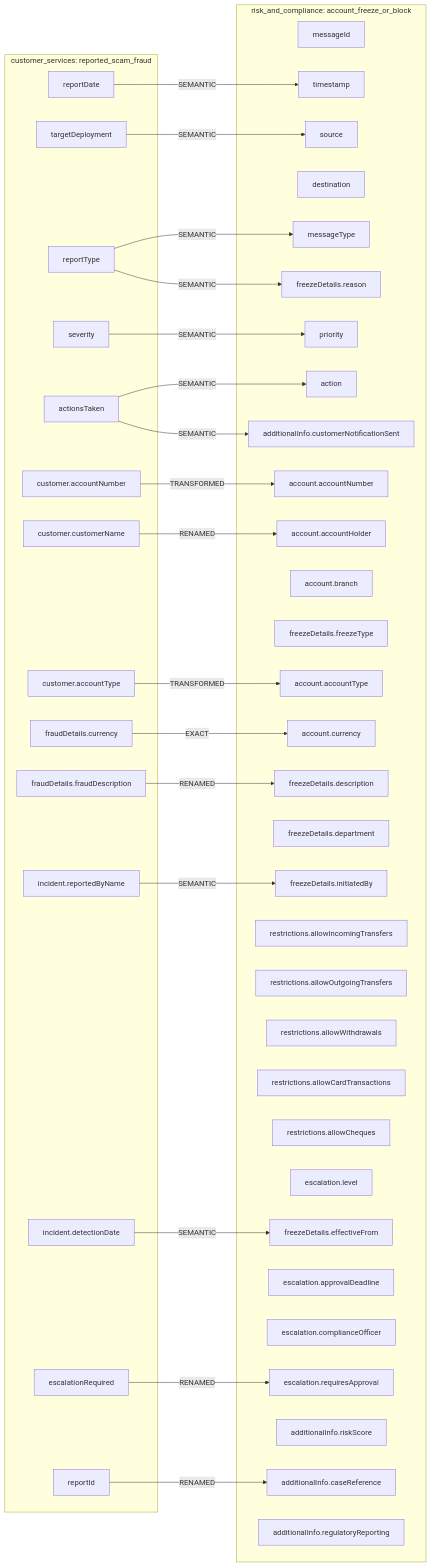
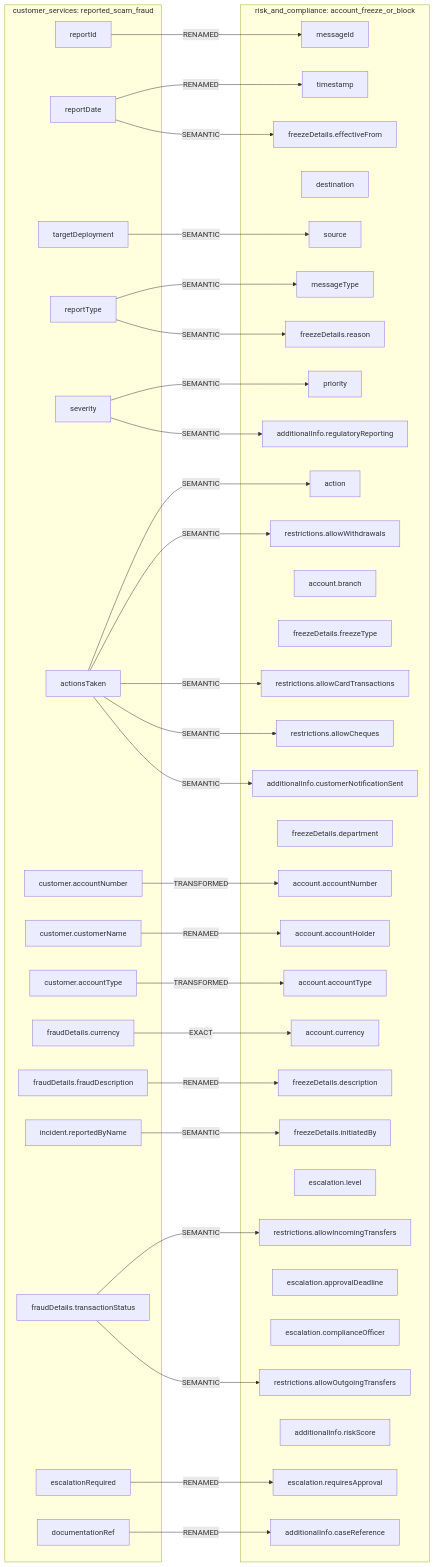
Before and after one commit to MAKWilkinson/HSBC-Data-Fabric-PoC-v2: the diagram in mermaids/risk_and_compliance/accounts/account_freeze_or_block__from__customer_services__reported_scam_fraud.mmd, drawn with Mermaid. The commit also changed 257 other files, not shown here.

```diff
--- a/mermaids/risk_and_compliance/accounts/account_freeze_or_block__from__customer_services__reported_scam_fraud.mmd
+++ b/mermaids/risk_and_compliance/accounts/account_freeze_or_block__from__customer_services__reported_scam_fraud.mmd
@@ -1,66 +1,74 @@
 flowchart LR
   subgraph IN["customer_services: reported_scam_fraud"]
+    in_reportId["reportId"]
     in_reportDate["reportDate"]
     in_targetDeployment["targetDeployment"]
     in_reportType["reportType"]
     in_severity["severity"]
     in_actionsTaken["actionsTaken"]
     in_customer_accountNumber["customer.accountNumber"]
     in_customer_customerName["customer.customerName"]
     in_customer_accountType["customer.accountType"]
     in_fraudDetails_currency["fraudDetails.currency"]
     in_fraudDetails_fraudDescription["fraudDetails.fraudDescription"]
     in_incident_reportedByName["incident.reportedByName"]
-    in_incident_detectionDate["incident.detectionDate"]
+    in_fraudDetails_transactionStatus["fraudDetails.transactionStatus"]
     in_escalationRequired["escalationRequired"]
-    in_reportId["reportId"]
+    in_documentationRef["documentationRef"]
   end
   subgraph OUT["risk_and_compliance: account_freeze_or_block"]
     out_messageId["messageId"]
     out_timestamp["timestamp"]
     out_source["source"]
     out_destination["destination"]
     out_messageType["messageType"]
     out_priority["priority"]
     out_action["action"]
     out_account_accountNumber["account.accountNumber"]
     out_account_accountHolder["account.accountHolder"]
     out_account_accountType["account.accountType"]
     out_account_currency["account.currency"]
     out_account_branch["account.branch"]
     out_freezeDetails_freezeType["freezeDetails.freezeType"]
     out_freezeDetails_reason["freezeDetails.reason"]
     out_freezeDetails_description["freezeDetails.description"]
     out_freezeDetails_initiatedBy["freezeDetails.initiatedBy"]
     out_freezeDetails_department["freezeDetails.department"]
     out_freezeDetails_effectiveFrom["freezeDetails.effectiveFrom"]
     out_restrictions_allowIncomingTransfers["restrictions.allowIncomingTransfers"]
     out_restrictions_allowOutgoingTransfers["restrictions.allowOutgoingTransfers"]
     out_restrictions_allowWithdrawals["restrictions.allowWithdrawals"]
     out_restrictions_allowCardTransactions["restrictions.allowCardTransactions"]
     out_restrictions_allowCheques["restrictions.allowCheques"]
     out_escalation_level["escalation.level"]
     out_escalation_requiresApproval["escalation.requiresApproval"]
     out_escalation_approvalDeadline["escalation.approvalDeadline"]
     out_escalation_complianceOfficer["escalation.complianceOfficer"]
     out_additionalInfo_caseReference["additionalInfo.caseReference"]
     out_additionalInfo_riskScore["additionalInfo.riskScore"]
     out_additionalInfo_customerNotificationSent["additionalInfo.customerNotificationSent"]
     out_additionalInfo_regulatoryReporting["additionalInfo.regulatoryReporting"]
   end
-  in_reportDate -->|SEMANTIC| out_timestamp
+  in_reportId -->|RENAMED| out_messageId
+  in_reportDate -->|RENAMED| out_timestamp
   in_targetDeployment -->|SEMANTIC| out_source
   in_reportType -->|SEMANTIC| out_messageType
   in_severity -->|SEMANTIC| out_priority
   in_actionsTaken -->|SEMANTIC| out_action
   in_customer_accountNumber -->|TRANSFORMED| out_account_accountNumber
   in_customer_customerName -->|RENAMED| out_account_accountHolder
   in_customer_accountType -->|TRANSFORMED| out_account_accountType
   in_fraudDetails_currency -->|EXACT| out_account_currency
   in_reportType -->|SEMANTIC| out_freezeDetails_reason
   in_fraudDetails_fraudDescription -->|RENAMED| out_freezeDetails_description
   in_incident_reportedByName -->|SEMANTIC| out_freezeDetails_initiatedBy
-  in_incident_detectionDate -->|SEMANTIC| out_freezeDetails_effectiveFrom
+  in_reportDate -->|SEMANTIC| out_freezeDetails_effectiveFrom
+  in_fraudDetails_transactionStatus -->|SEMANTIC| out_restrictions_allowIncomingTransfers
+  in_fraudDetails_transactionStatus -->|SEMANTIC| out_restrictions_allowOutgoingTransfers
+  in_actionsTaken -->|SEMANTIC| out_restrictions_allowWithdrawals
+  in_actionsTaken -->|SEMANTIC| out_restrictions_allowCardTransactions
+  in_actionsTaken -->|SEMANTIC| out_restrictions_allowCheques
   in_escalationRequired -->|RENAMED| out_escalation_requiresApproval
-  in_reportId -->|RENAMED| out_additionalInfo_caseReference
+  in_documentationRef -->|RENAMED| out_additionalInfo_caseReference
   in_actionsTaken -->|SEMANTIC| out_additionalInfo_customerNotificationSent
+  in_severity -->|SEMANTIC| out_additionalInfo_regulatoryReporting
```
